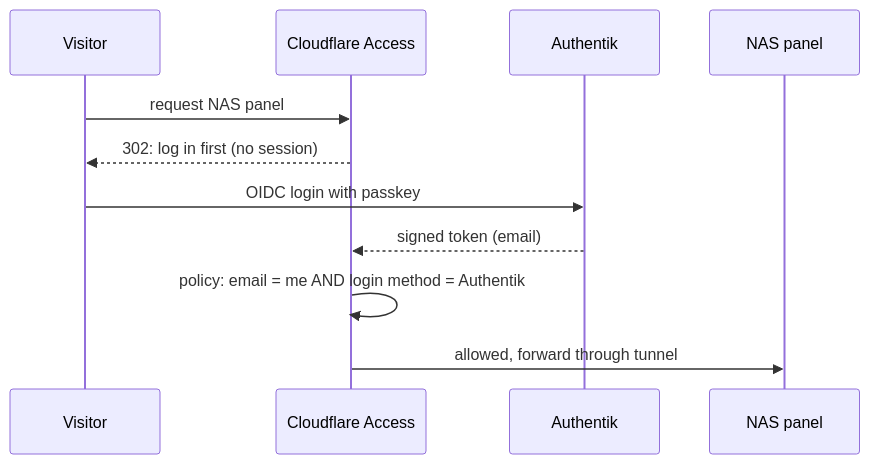
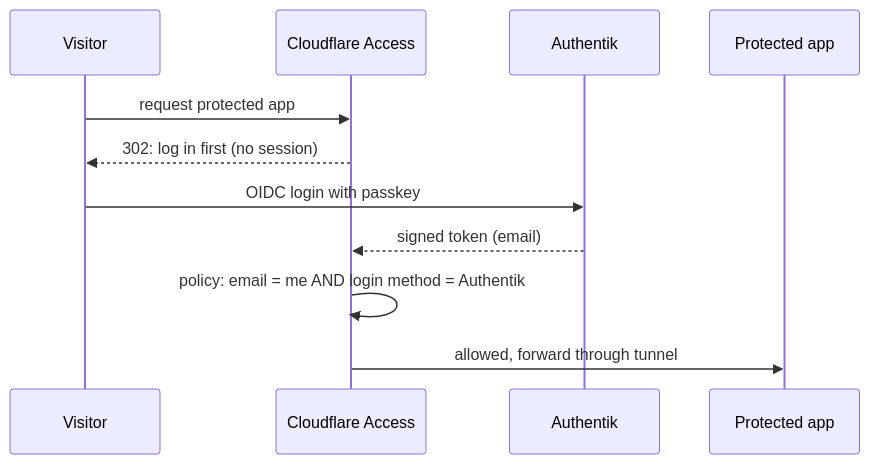
Before and after one commit to Shineori/homelab: the second of 2 diagrams in docs/services/cloudflared.md, drawn with Mermaid. The commit also changed other lines of this file and 10 other files, not shown here.

````diff
--- a/docs/services/cloudflared.md
+++ b/docs/services/cloudflared.md
@@ -85,13 +101,13 @@
 ```mermaid
 sequenceDiagram
     participant V as Visitor
     participant CF as Cloudflare Access
     participant AK as Authentik
-    participant NAS as NAS panel
-    V->>CF: request NAS panel
+    participant APP as Protected app
+    V->>CF: request protected app
     CF-->>V: 302: log in first (no session)
     V->>AK: OIDC login with passkey
     AK-->>CF: signed token (email)
     CF->>CF: policy: email = me AND login method = Authentik
-    CF->>NAS: allowed, forward through tunnel
+    CF->>APP: allowed, forward through tunnel
 ```
````
